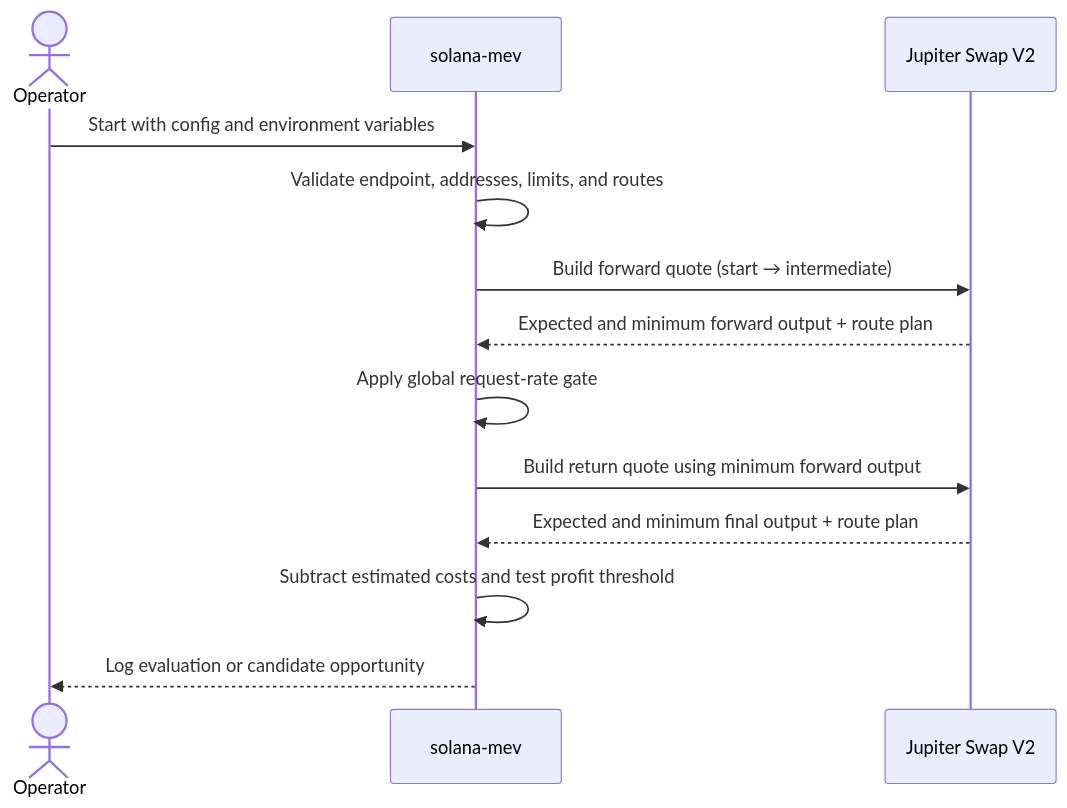
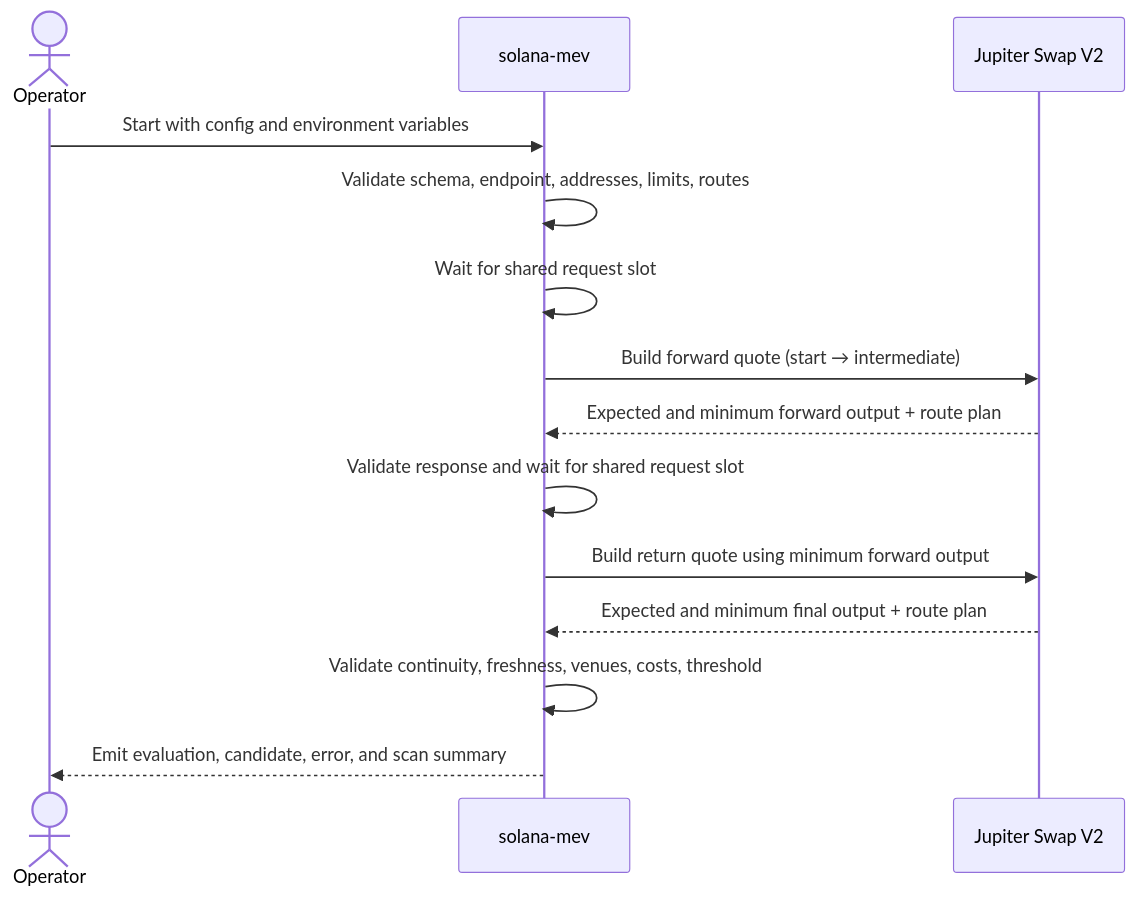
The diagram in README.md (x89/Solana-Arbitrage-Bot), drawn with Mermaid before and after one commit. The commit also changed other lines of this file, not shown here.

````diff
--- a/README.md
+++ b/README.md
@@ -74,16 +89,17 @@
 ```mermaid
 sequenceDiagram
     actor Operator
     participant Monitor as solana-mev
     participant Jupiter as Jupiter Swap V2
 
     Operator->>Monitor: Start with config and environment variables
-    Monitor->>Monitor: Validate endpoint, addresses, limits, and routes
+    Monitor->>Monitor: Validate schema, endpoint, addresses, limits, routes
+    Monitor->>Monitor: Wait for shared request slot
     Monitor->>Jupiter: Build forward quote (start → intermediate)
     Jupiter-->>Monitor: Expected and minimum forward output + route plan
-    Monitor->>Monitor: Apply global request-rate gate
+    Monitor->>Monitor: Validate response and wait for shared request slot
     Monitor->>Jupiter: Build return quote using minimum forward output
     Jupiter-->>Monitor: Expected and minimum final output + route plan
-    Monitor->>Monitor: Subtract estimated costs and test profit threshold
-    Monitor-->>Operator: Log evaluation or candidate opportunity
+    Monitor->>Monitor: Validate continuity, freshness, venues, costs, threshold
+    Monitor-->>Operator: Emit evaluation, candidate, error, and scan summary
 ```
````
